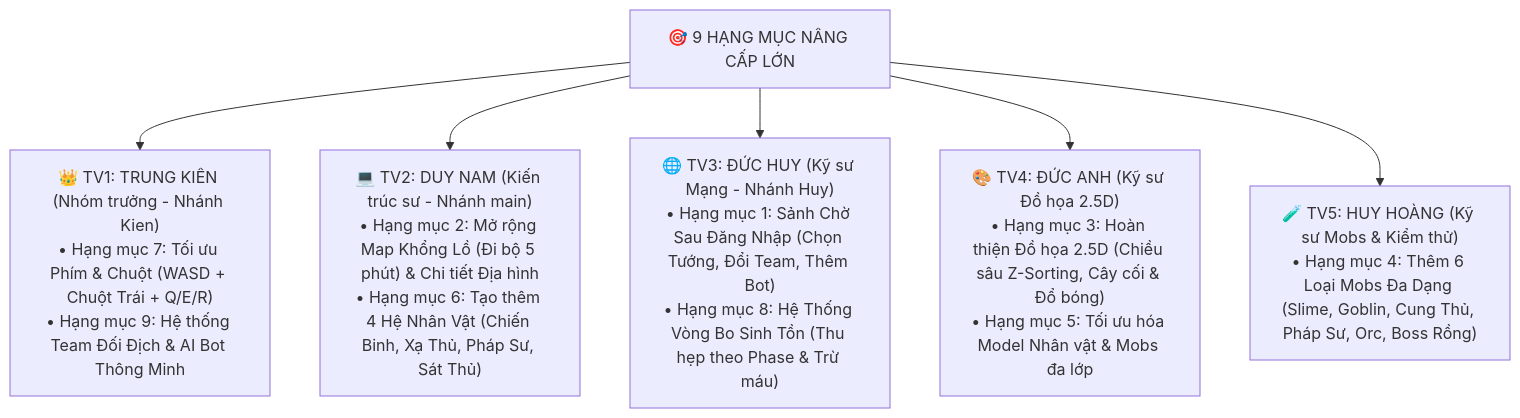
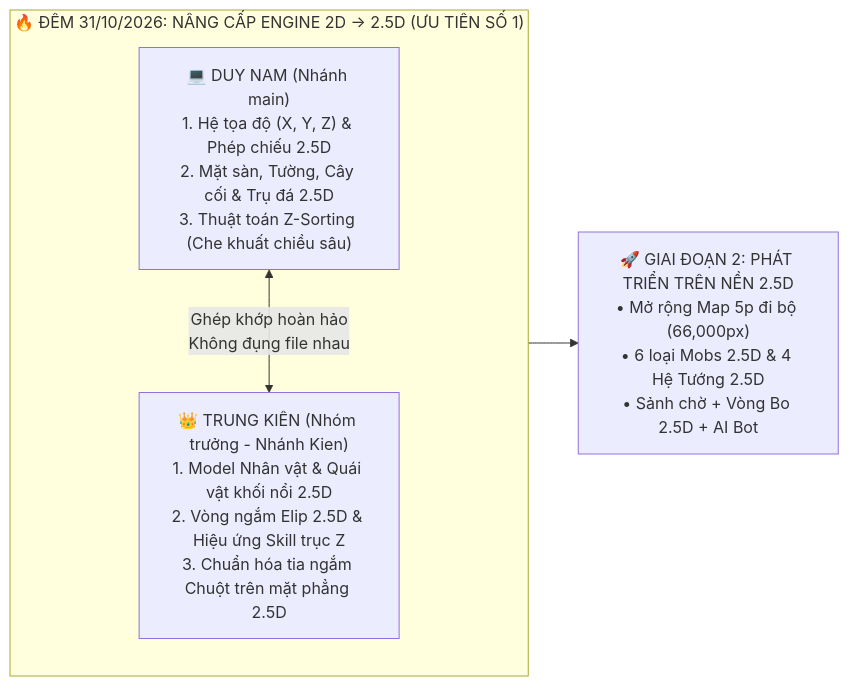
One commit to Tran1209/UML-Patterns-Mastery changed the diagram in Docs_BaoCao/1_QuanLy_Nhom_Va_NhatKy/04_KeHoach_PhanCong_9_HangMuc.md. Above: the diagram before and after it, drawn with Mermaid. The commit also changed other lines of this file and 1 other file, not shown here.

Commit message:
docs(journal,plan): prioritize Phase 1 (2D to 2.5D by Nam & Kien tonight) and update project work log

````diff
--- a/Docs_BaoCao/1_QuanLy_Nhom_Va_NhatKy/04_KeHoach_PhanCong_9_HangMuc.md
+++ b/Docs_BaoCao/1_QuanLy_Nhom_Va_NhatKy/04_KeHoach_PhanCong_9_HangMuc.md
@@ -9,8 +11,10 @@
 ```mermaid
-flowchart TD
-    Root["🎯 9 HẠNG MỤC NÂNG CẤP LỚN"] --> Kien["👑 TV1: TRUNG KIÊN (Nhóm trưởng - Nhánh Kien)<br>• Hạng mục 7: Tối ưu Phím & Chuột (WASD + Chuột Trái + Q/E/R)<br>• Hạng mục 9: Hệ thống Team Đối Địch & AI Bot Thông Minh"]
-    Root --> Nam["💻 TV2: DUY NAM (Kiến trúc sư - Nhánh main)<br>• Hạng mục 2: Mở rộng Map Khổng Lồ (Đi bộ 5 phút) & Chi tiết Địa hình<br>• Hạng mục 6: Tạo thêm 4 Hệ Nhân Vật (Chiến Binh, Xạ Thủ, Pháp Sư, Sát Thủ)"]
-    Root --> Huy["🌐 TV3: ĐỨC HUY (Kỹ sư Mạng - Nhánh Huy)<br>• Hạng mục 1: Sảnh Chờ Sau Đăng Nhập (Chọn Tướng, Đổi Team, Thêm Bot)<br>• Hạng mục 8: Hệ Thống Vòng Bo Sinh Tồn (Thu hẹp theo Phase & Trừ máu)"]
-    Root --> Anh["🎨 TV4: ĐỨC ANH (Kỹ sư Đồ họa 2.5D)<br>• Hạng mục 3: Hoàn thiện Đồ họa 2.5D (Chiều sâu Z-Sorting, Cây cối & Đổ bóng)<br>• Hạng mục 5: Tối ưu hóa Model Nhân vật & Mobs đa lớp"]
-    Root --> Hoang["🧪 TV5: HUY HOÀNG (Kỹ sư Mobs & Kiểm thử)<br>• Hạng mục 4: Thêm 6 Loại Mobs Đa Dạng (Slime, Goblin, Cung Thủ, Pháp Sư, Orc, Boss Rồng)"]
+flowchart LR
+    subgraph P1["🔥 ĐÊM 31/10/2026: NÂNG CẤP ENGINE 2D -> 2.5D (ƯU TIÊN SỐ 1)"]
+        direction TB
+        Nam["💻 DUY NAM (Nhánh main)<br>1. Hệ tọa độ (X, Y, Z) & Phép chiếu 2.5D<br>2. Mặt sàn, Tường, Cây cối & Trụ đá 2.5D<br>3. Thuật toán Z-Sorting (Che khuất chiều sâu)"]
+        Kien["👑 TRUNG KIÊN (Nhóm trưởng - Nhánh Kien)<br>1. Model Nhân vật & Quái vật khối nổi 2.5D<br>2. Vòng ngắm Elip 2.5D & Hiệu ứng Skill trục Z<br>3. Chuẩn hóa tia ngắm Chuột trên mặt phẳng 2.5D"]
+        Nam <-->|"Ghép khớp hoàn hảo<br>Không đụng file nhau"| Kien
+    end
+    P1 --> P2["🚀 GIAI ĐOẠN 2: PHÁT TRIỂN TRÊN NỀN 2.5D<br>• Mở rộng Map 5p đi bộ (66,000px)<br>• 6 loại Mobs 2.5D & 4 Hệ Tướng 2.5D<br>• Sảnh chờ + Vòng Bo 2.5D + AI Bot"]
 ```
````
